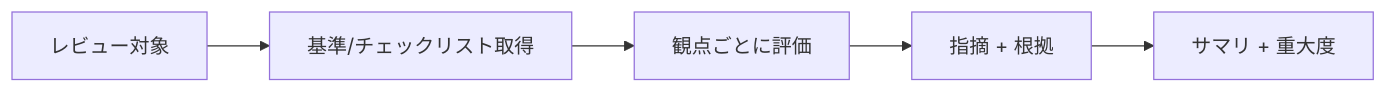
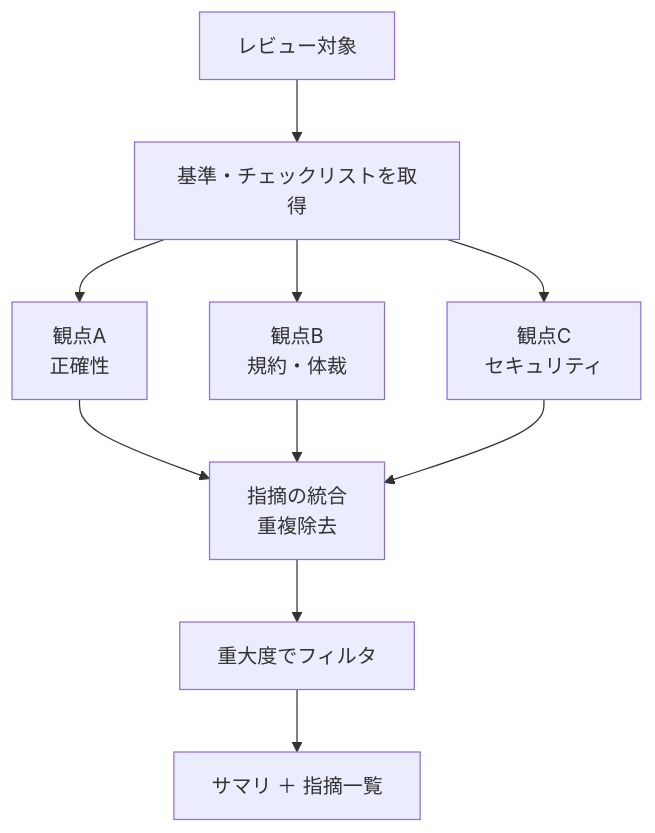
One commit to mike-sugimoto/ai-tech-notes changed the diagram in src/content/docs/use-cases/review-assist.md. Above: the diagram before and after it, drawn with Mermaid. The commit also changed other lines of this file and 4 other files, not shown here.

````diff
--- a/src/content/docs/use-cases/review-assist.md
+++ b/src/content/docs/use-cases/review-assist.md
@@ -19,7 +22,12 @@
 ```mermaid
-flowchart LR
-    DOC[レビュー対象] --> STD[基準/チェックリスト取得]
-    STD --> EVAL[観点ごとに評価]
-    EVAL --> FIND[指摘 + 根拠]
-    FIND --> SUM[サマリ + 重大度]
+flowchart TB
+    DOC[レビュー対象] --> STD[基準・チェックリストを取得]
+    STD --> A[観点A<br/>正確性]
+    STD --> B[観点B<br/>規約・体裁]
+    STD --> C[観点C<br/>セキュリティ]
+    A --> AGG[指摘の統合<br/>重複除去]
+    B --> AGG
+    C --> AGG
+    AGG --> FIL[重大度でフィルタ]
+    FIL --> SUM[サマリ ＋ 指摘一覧]
 ```
````
